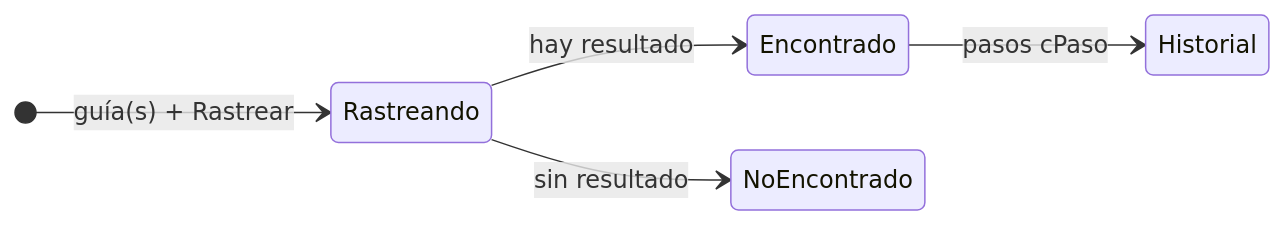
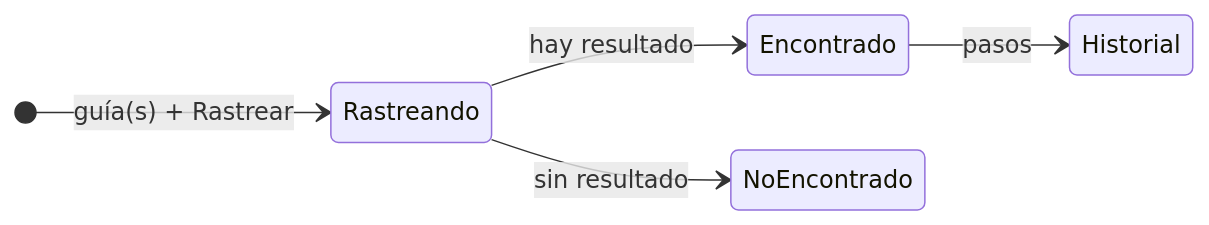
One commit to pipeTawns-x/Houndxpress changed the diagram in docs/investigacion/rea-sitio-actual.md. Above: the diagram before and after it, drawn with Mermaid. The commit also changed other lines of this file and 6 other files, not shown here.

````diff
--- a/docs/investigacion/rea-sitio-actual.md
+++ b/docs/investigacion/rea-sitio-actual.md
@@ -69,8 +69,8 @@
 ```mermaid
 stateDiagram-v2
     direction LR
     [*] --> Rastreando: guía(s) + Rastrear
     Rastreando --> Encontrado: hay resultado
     Rastreando --> NoEncontrado: sin resultado
-    Encontrado --> Historial: pasos cPaso
+    Encontrado --> Historial: pasos
 ```
````
